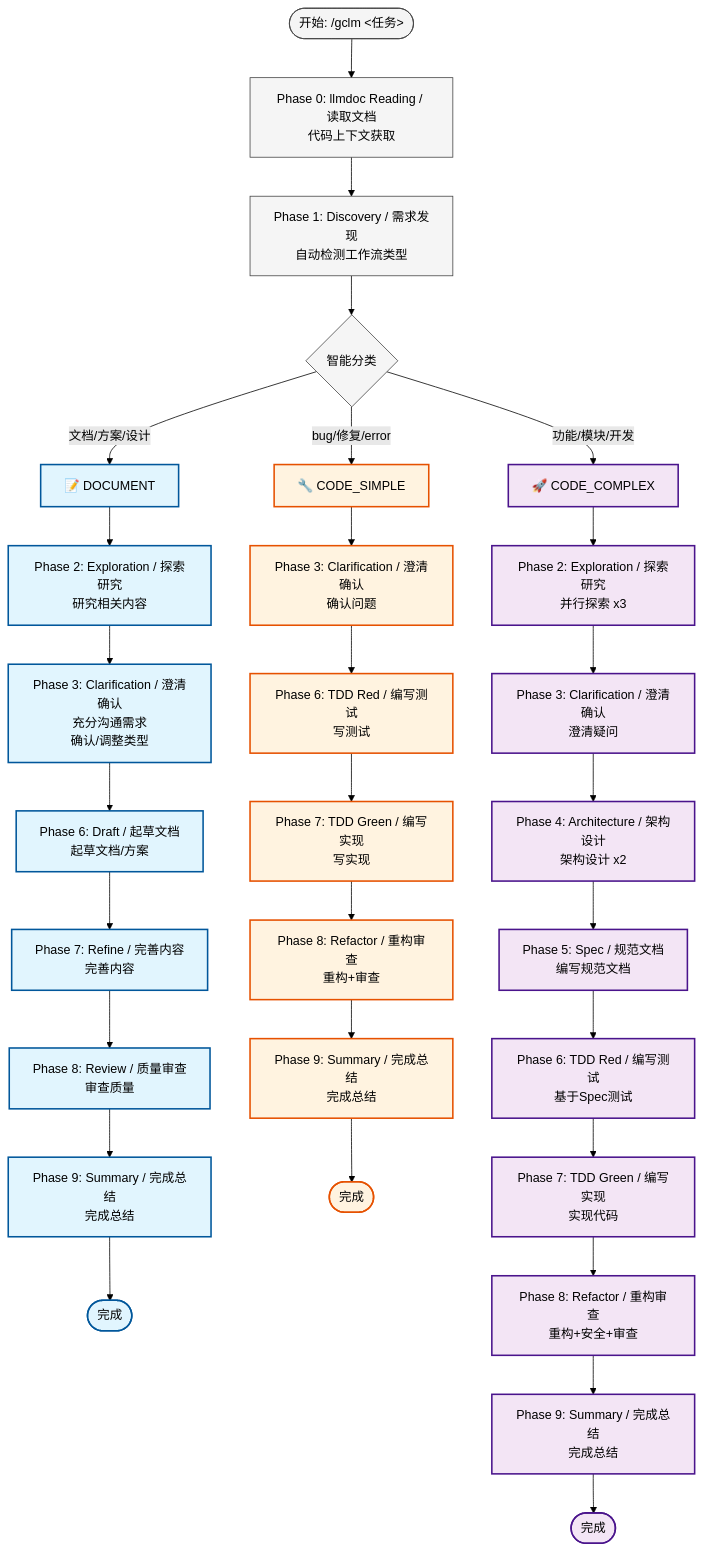
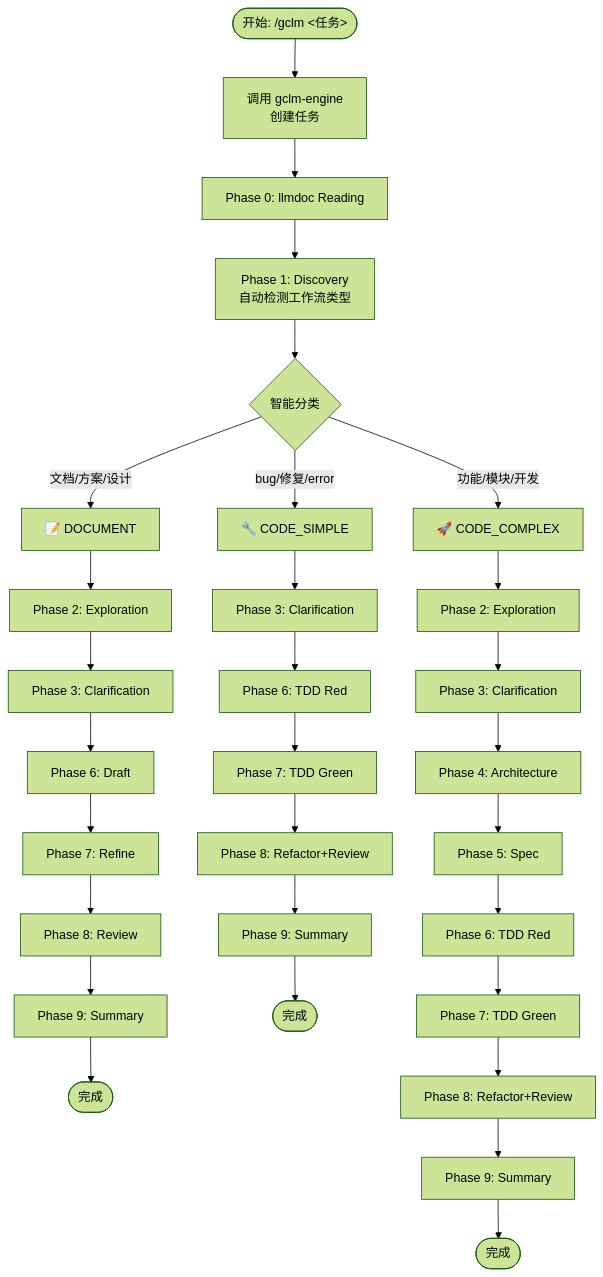
Before and after one commit to gclm/gclm-flow: the diagram in skills/gclm/SKILL.md, drawn with Mermaid (forest theme). The commit also changed other lines of this file and 42 other files, not shown here.

First line of the commit message:
feat: gclm-engine Go 引擎 + GitHub Actions 工作流

````diff
--- a/skills/gclm/SKILL.md
+++ b/skills/gclm/SKILL.md
@@ -92,50 +113,40 @@
 ```mermaid
 flowchart TD
-    Start([开始: /gclm <任务>]) --> P0["Phase 0: llmdoc Reading / 读取文档<br/>代码上下文获取"]
-    P0 --> P1["Phase 1: Discovery / 需求发现<br/>自动检测工作流类型"]
+    Start([开始: /gclm <任务>]) --> Init["调用 gclm-engine<br/>创建任务"]
+    Init --> P0["Phase 0: llmdoc Reading"]
+    P0 --> P1["Phase 1: Discovery<br/>自动检测工作流类型"]
 
     P1 --> Detect{智能分类}
 
     Detect -->|文档/方案/设计| Doc[📝 DOCUMENT]
     Detect -->|bug/修复/error| Simple[🔧 CODE_SIMPLE]
     Detect -->|功能/模块/开发| Complex[🚀 CODE_COMPLEX]
 
     %% DOCUMENT 工作流
-    Doc --> P2_Doc["Phase 2: Exploration / 探索研究<br/>研究相关内容"]
-    P2_Doc --> P3_Doc["Phase 3: Clarification / 澄清确认<br/>充分沟通需求<br/>确认/调整类型"]
-    P3_Doc --> P6_Doc["Phase 6: Draft / 起草文档<br/>起草文档/方案"]
-    P6_Doc --> P7_Doc["Phase 7: Refine / 完善内容<br/>完善内容"]
-    P7_Doc --> P8_Doc["Phase 8: Review / 质量审查<br/>审查质量"]
-    P8_Doc --> P9_Doc["Phase 9: Summary / 完成总结<br/>完成总结"]
+    Doc --> P2_Doc["Phase 2: Exploration"]
+    P2_Doc --> P3_Doc["Phase 3: Clarification"]
+    P3_Doc --> P6_Doc["Phase 6: Draft"]
+    P6_Doc --> P7_Doc["Phase 7: Refine"]
+    P7_Doc --> P8_Doc["Phase 8: Review"]
+    P8_Doc --> P9_Doc["Phase 9: Summary"]
     P9_Doc --> End_Doc([完成])
 
     %% CODE_SIMPLE 工作流
-    Simple --> P3_Simple["Phase 3: Clarification / 澄清确认<br/>确认问题"]
-    P3_Simple --> P6_Simple["Phase 6: TDD Red / 编写测试<br/>写测试"]
-    P6_Simple --> P7_Simple["Phase 7: TDD Green / 编写实现<br/>写实现"]
-    P7_Simple --> P8_Simple["Phase 8: Refactor / 重构审查<br/>重构+审查"]
-    P8_Simple --> P9_Simple["Phase 9: Summary / 完成总结<br/>完成总结"]
+    Simple --> P3_Simple["Phase 3: Clarification"]
+    P3_Simple --> P6_Simple["Phase 6: TDD Red"]
+    P6_Simple --> P7_Simple["Phase 7: TDD Green"]
+    P7_Simple --> P8_Simple["Phase 8: Refactor+Review"]
+    P8_Simple --> P9_Simple["Phase 9: Summary"]
     P9_Simple --> End_Simple([完成])
 
     %% CODE_COMPLEX 工作流
-    Complex --> P2_Complex["Phase 2: Exploration / 探索研究<br/>并行探索 x3"]
-    P2_Complex --> P3_Complex["Phase 3: Clarification / 澄清确认<br/>澄清疑问"]
-    P3_Complex --> P4_Complex["Phase 4: Architecture / 架构设计<br/>架构设计 x2"]
-    P4_Complex --> P5_Complex["Phase 5: Spec / 规范文档<br/>编写规范文档"]
-    P5_Complex --> P6_Complex["Phase 6: TDD Red / 编写测试<br/>基于Spec测试"]
-    P6_Complex --> P7_Complex["Phase 7: TDD Green / 编写实现<br/>实现代码"]
-    P7_Complex --> P8_Complex["Phase 8: Refactor / 重构审查<br/>重构+安全+审查"]
-    P8_Complex --> P9_Complex["Phase 9: Summary / 完成总结<br/>完成总结"]
+    Complex --> P2_Complex["Phase 2: Exploration"]
+    P2_Complex --> P3_Complex["Phase 3: Clarification"]
+    P3_Complex --> P4_Complex["Phase 4: Architecture"]
+    P4_Complex --> P5_Complex["Phase 5: Spec"]
+    P5_Complex --> P6_Complex["Phase 6: TDD Red"]
+    P6_Complex --> P7_Complex["Phase 7: TDD Green"]
+    P7_Complex --> P8_Complex["Phase 8: Refactor+Review"]
+    P8_Complex --> P9_Complex["Phase 9: Summary"]
     P9_Complex --> End_Complex([完成])
-
-    %% 样式
-    classDef docStyle fill:#e1f5fe,stroke:#01579b,stroke-width:2px
-    classDef simpleStyle fill:#fff3e0,stroke:#e65100,stroke-width:2px
-    classDef complexStyle fill:#f3e5f5,stroke:#4a148c,stroke-width:2px
-    classDef phaseStyle fill:#f5f5f5,stroke:#424242,stroke-width:1px
-
-    class Doc,P2_Doc,P3_Doc,P6_Doc,P7_Doc,P8_Doc,P9_Doc,End_Doc docStyle
-    class Simple,P3_Simple,P6_Simple,P7_Simple,P8_Simple,P9_Simple,End_Simple simpleStyle
-    class Complex,P2_Complex,P3_Complex,P4_Complex,P5_Complex,P6_Complex,P7_Complex,P8_Complex,P9_Complex,End_Complex complexStyle
-    class P0,P1,Detect,Start phaseStyle
 ```
````
